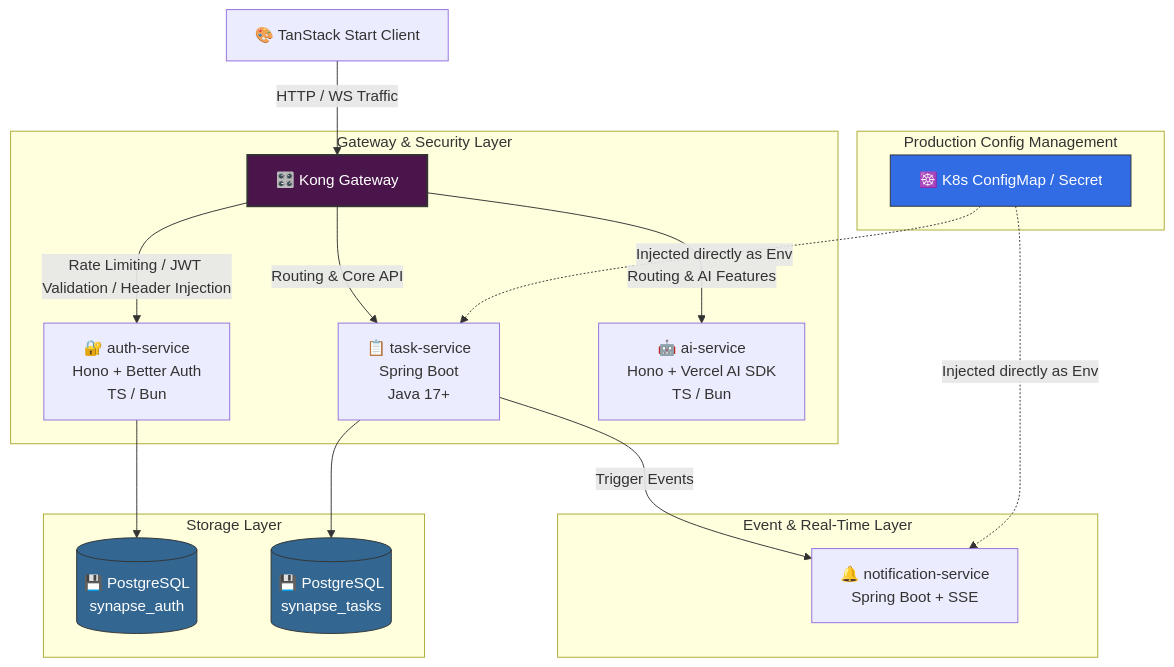
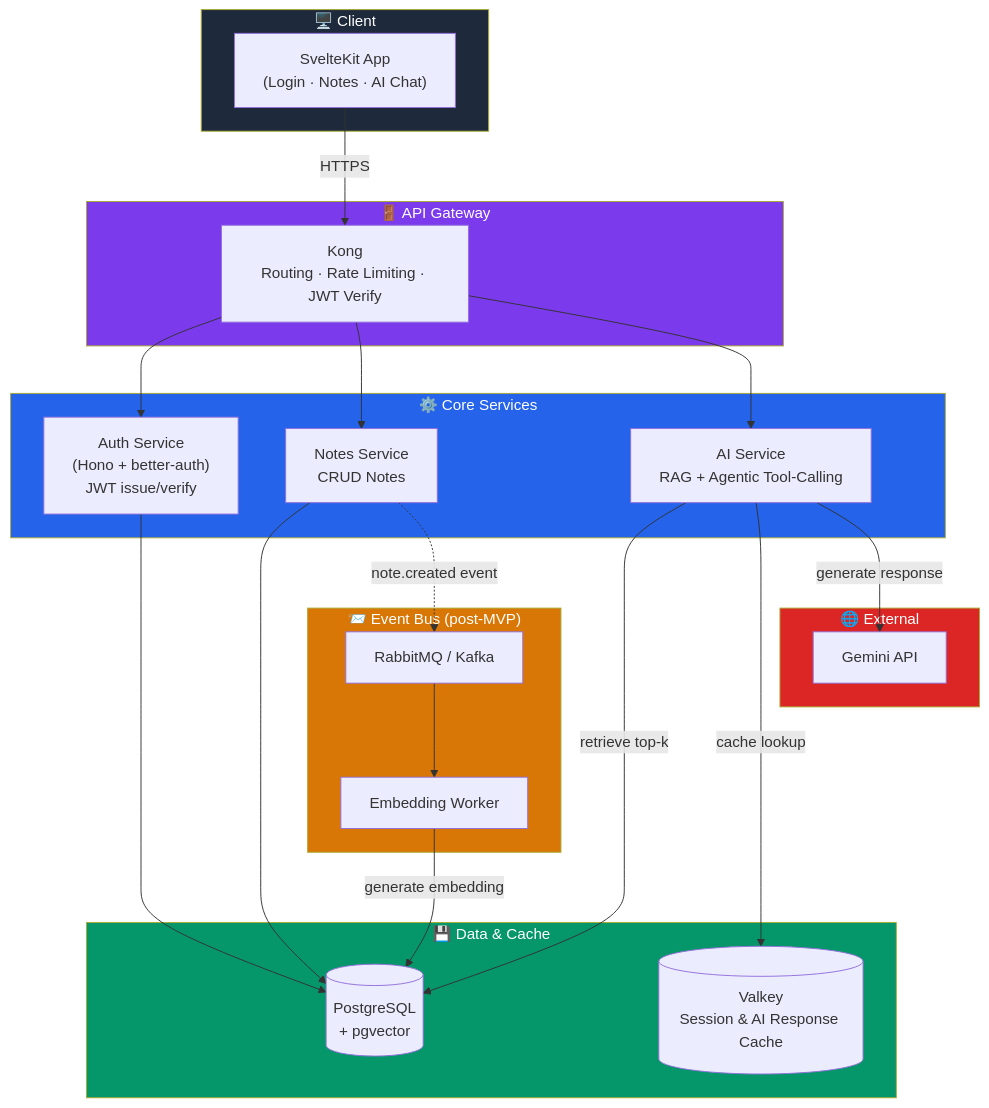
One commit to nbnguyen75/Synapse changed the first of 2 diagrams in README.md. Above: the diagram before and after it, drawn with Mermaid. The commit also changed other lines of this file, not shown here.

````diff
--- a/README.md
+++ b/README.md
@@ -60,30 +78,52 @@
 ```mermaid
-graph TD
-    Client[🎨 TanStack Start Client] -->|HTTP / WS Traffic| Kong[🎛️ Kong Gateway]
-    
-    subgraph Gateway & Security Layer
-        Kong -->|Rate Limiting / JWT Validation / Header Injection| Auth[🔐 auth-service<br>Hono + Better Auth<br>TS / Bun]
-        Kong -->|Routing & Core API| Task[📋 task-service<br>Spring Boot<br>Java 17+]
-        Kong -->|Routing & AI Features| AI[🤖 ai-service<br>Hono + Vercel AI SDK<br>TS / Bun]
+flowchart TB
+    subgraph Client["🖥️ Client"]
+        FE["SvelteKit App<br/>(Login · Notes · AI Chat)"]
     end
 
-    subgraph Event & Real-Time Layer
-        Task -->|Trigger Events| Notif[🔔 notification-service<br>Spring Boot + SSE]
+    subgraph Gateway["🚪 API Gateway"]
+        Kong["Kong<br/>Routing · Rate Limiting · JWT Verify"]
     end
 
-    subgraph Storage Layer
-        Auth --> DB_Auth[(💾 PostgreSQL<br>synapse_auth)]
-        Task --> DB_Task[(💾 PostgreSQL<br>synapse_tasks)]
+    subgraph Services["⚙️ Core Services"]
+        Auth["Auth Service<br/>(Hono + better-auth)<br/>JWT issue/verify"]
+        Notes["Notes Service<br/>CRUD Notes"]
+        AI["AI Service<br/>RAG + Agentic Tool-Calling"]
     end
 
-    subgraph Production Config Management
-        K8s[☸️ K8s ConfigMap / Secret] -.->|Injected directly as Env| Notif
-        K8s -.->|Injected directly as Env| Task
+    subgraph Data["💾 Data & Cache"]
+        PG[("PostgreSQL<br/>+ pgvector")]
+        Valkey[("Valkey<br/>Session & AI Response Cache")]
     end
 
-    style Kong fill:#4A154B,stroke:#333,stroke-width:2px,color:#fff
-    style K8s fill:#326CE5,stroke:#333,stroke-width:1px,color:#fff
-    style DB_Auth fill:#336791,stroke:#333,stroke-width:1px,color:#fff
-    style DB_Task fill:#336791,stroke:#333,stroke-width:1px,color:#fff
+    subgraph Async["📨 Event Bus (post-MVP)"]
+        MQ["RabbitMQ / Kafka"]
+        Worker["Embedding Worker"]
+    end
 
+    subgraph External["🌐 External"]
+        Gemini["Gemini API"]
+    end
+
+    FE -->|HTTPS| Kong
+    Kong --> Auth
+    Kong --> Notes
+    Kong --> AI
+
+    Auth --> PG
+    Notes --> PG
+    Notes -.->|note.created event| MQ
+    MQ --> Worker
+    Worker -->|generate embedding| PG
+
+    AI -->|retrieve top-k| PG
+    AI -->|cache lookup| Valkey
+    AI -->|generate response| Gemini
+
+    style Client fill:#1e293b,color:#fff
+    style Gateway fill:#7c3aed,color:#fff
+    style Services fill:#2563eb,color:#fff
+    style Data fill:#059669,color:#fff
+    style Async fill:#d97706,color:#fff
+    style External fill:#dc2626,color:#fff
 ```
````
